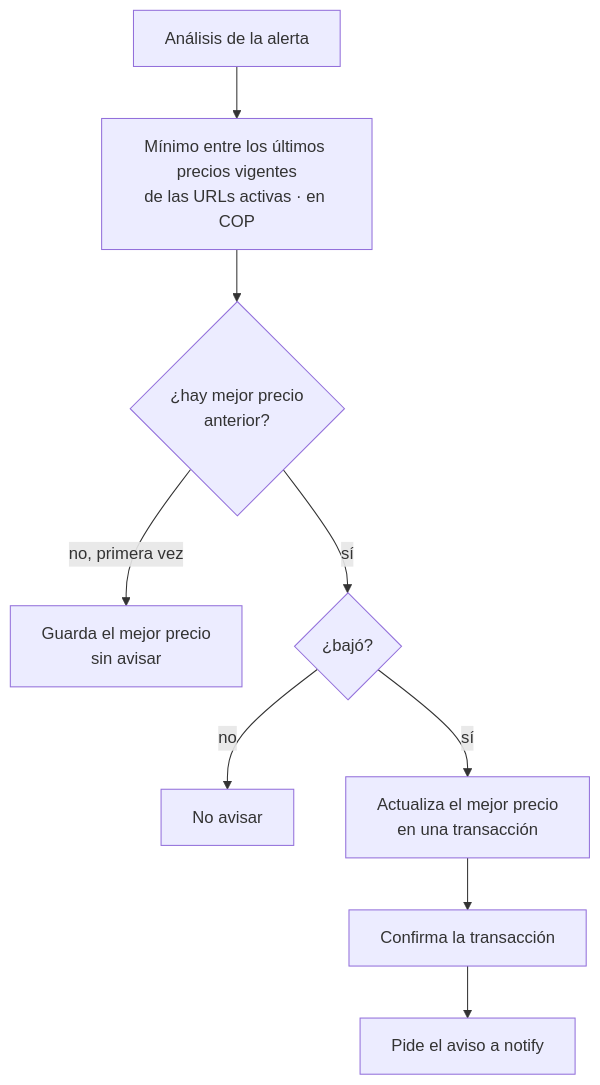
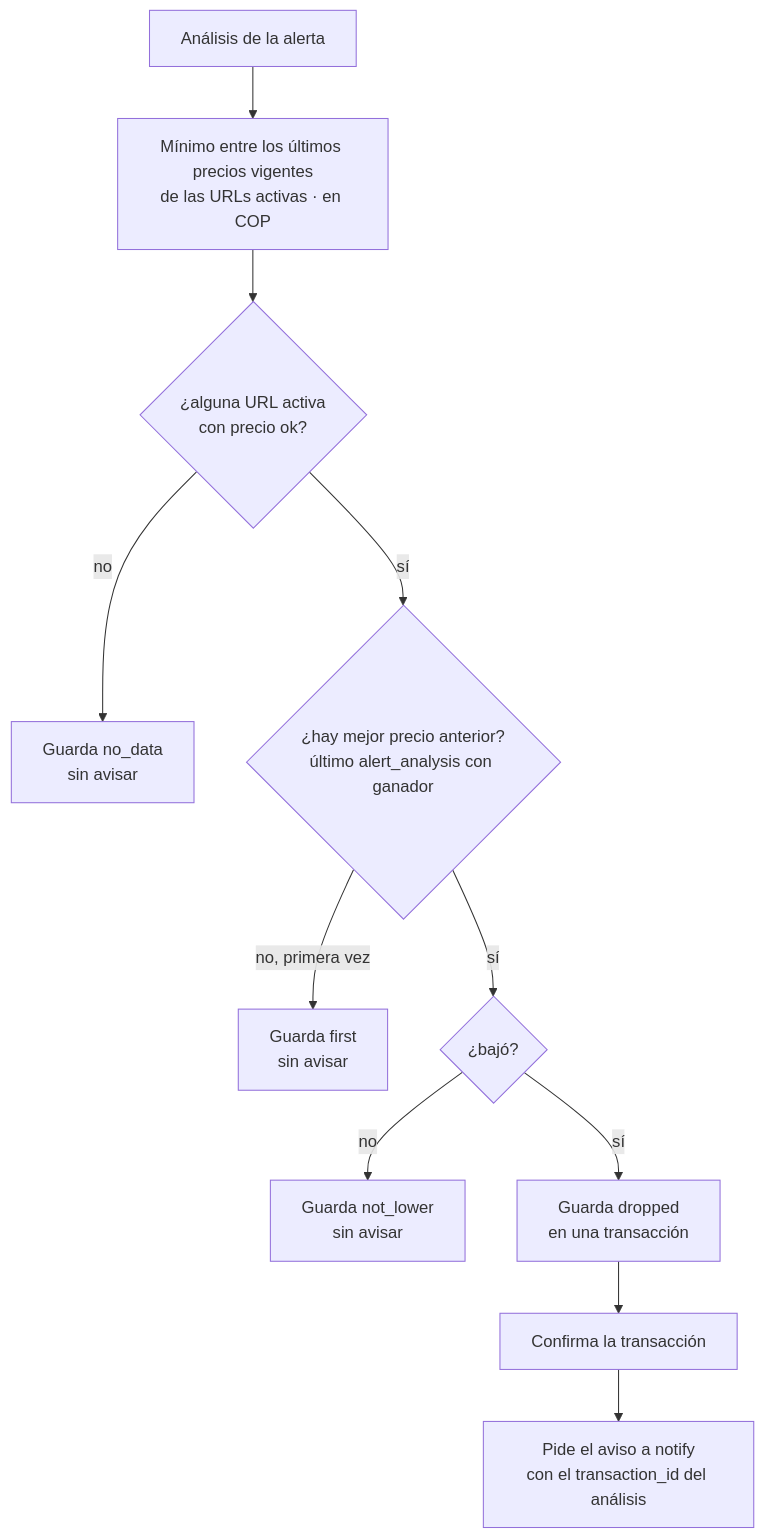
One commit to vida-I-found-it/architecture changed the sixth of 6 diagrams in _docs/architecture/scraping-flow.md. Above: the diagram before and after it, drawn with Mermaid. The commit also changed other lines of this file and 16 other files, not shown here.

````diff
--- a/_docs/architecture/scraping-flow.md
+++ b/_docs/architecture/scraping-flow.md
@@ -249,11 +249,13 @@
 ```mermaid
 graph TD
     A[Análisis de la alerta] --> MIN[Mínimo entre los últimos precios vigentes<br/>de las URLs activas · en COP]
-    MIN --> P{¿hay mejor precio<br/>anterior?}
-    P -->|no, primera vez| G[Guarda el mejor precio<br/>sin avisar]
+    MIN --> D{¿alguna URL activa<br/>con precio ok?}
+    D -->|no| ND[Guarda no_data<br/>sin avisar]
+    D -->|sí| P{¿hay mejor precio anterior?<br/>último alert_analysis con ganador}
+    P -->|no, primera vez| G[Guarda first<br/>sin avisar]
     P -->|sí| C{¿bajó?}
-    C -->|no| X[No avisar]
-    C -->|sí| U[Actualiza el mejor precio<br/>en una transacción]
+    C -->|no| X[Guarda not_lower<br/>sin avisar]
+    C -->|sí| U[Guarda dropped<br/>en una transacción]
     U --> OK[Confirma la transacción]
-    OK --> N[Pide el aviso a notify]
+    OK --> N[Pide el aviso a notify<br/>con el transaction_id del análisis]
 ```
````
